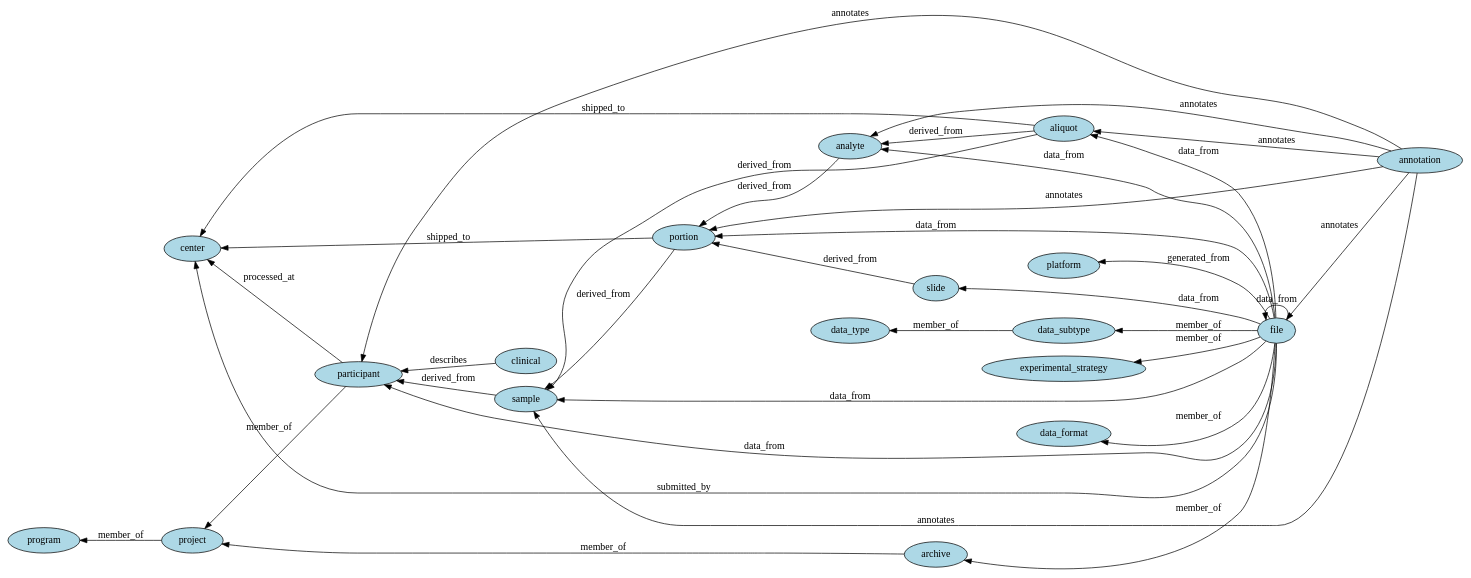
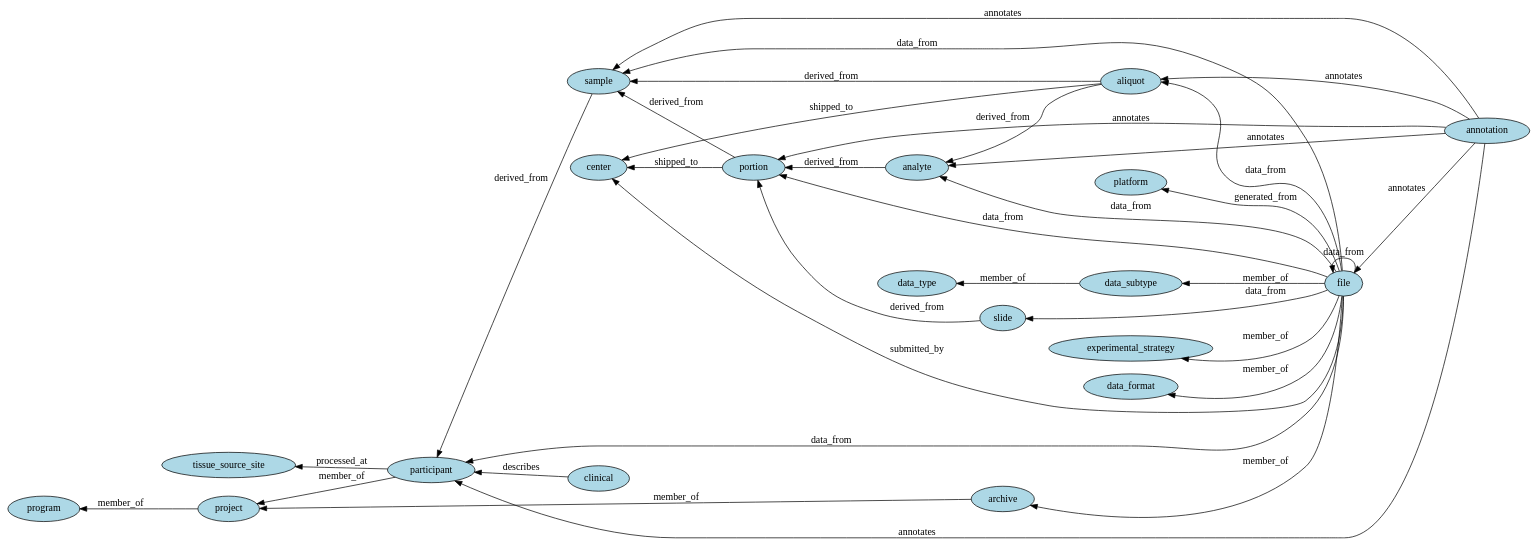
Before and after one commit to NCI-GDC/gdcdatamodel: the diagram in docs/viz/gdc_data_model.gv, drawn with Graphviz. The commit also changed 8 other files, not shown here.

```diff
--- a/docs/viz/gdc_data_model.gv
+++ b/docs/viz/gdc_data_model.gv
@@ -1,56 +1,57 @@
 // High level graph representation of GDC data model
 digraph {
 	graph [rankdir=RL]
 	node [fillcolor=lightblue style=filled]
 		aliquot [label=aliquot]
 		analyte [label=analyte]
 		portion [label=portion]
 		sample [label=sample]
 		participant [label=participant]
 		project [label=project]
 		program [label=program]
 		center [label=center]
 		platform [label=platform]
 		data_type [label=data_type]
 		data_subtype [label=data_subtype]
 		experimental_strategy [label=experimental_strategy]
 		data_format [label=data_format]
 		file [label=file]
 		archive [label=archive]
 		annotation [label=annotation]
 		clinical [label=clinical]
 		slide [label=slide]
+		tissue_source_site [label=tissue_source_site]
 			aliquot -> analyte [label=derived_from]
 			aliquot -> sample [label=derived_from]
 			analyte -> portion [label=derived_from]
 			portion -> sample [label=derived_from]
 			sample -> participant [label=derived_from]
 			slide -> portion [label=derived_from]
 			participant -> project [label=member_of]
 			project -> program [label=member_of]
 			archive -> project [label=member_of]
 			file -> archive [label=member_of]
 			file -> experimental_strategy [label=member_of]
 			file -> data_subtype [label=member_of]
 			file -> data_format [label=member_of]
 			data_subtype -> data_type [label=member_of]
-			participant -> center [label=processed_at]
+			participant -> tissue_source_site [label=processed_at]
 			file -> platform [label=generated_from]
 			file -> aliquot [label=data_from]
 			file -> analyte [label=data_from]
 			file -> portion [label=data_from]
 			file -> sample [label=data_from]
 			file -> participant [label=data_from]
 			file -> slide [label=data_from]
 			file -> file [label=data_from]
 			clinical -> participant [label=describes]
 			annotation -> participant [label=annotates]
 			annotation -> sample [label=annotates]
 			annotation -> portion [label=annotates]
 			annotation -> analyte [label=annotates]
 			annotation -> aliquot [label=annotates]
 			annotation -> file [label=annotates]
 			aliquot -> center [label=shipped_to]
 			portion -> center [label=shipped_to]
 			file -> center [label=submitted_by]
 }
```
